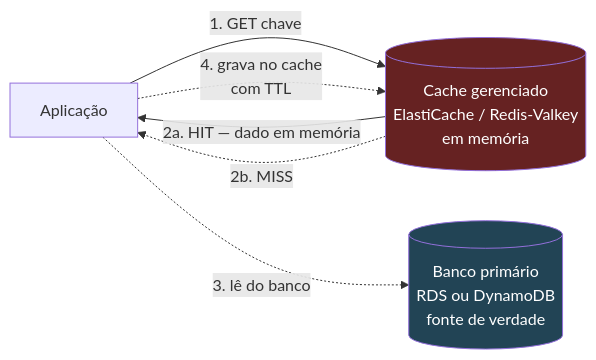
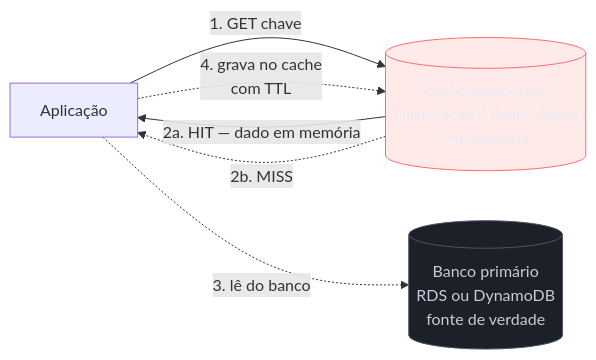
Before and after one commit to josenaldo/codex-technomanticus: the first of 3 diagrams in 03-Dominios/Tecnologia/Cloud/09 - Bancos gerenciados/06 - Cache gerenciado e a grande escolha.md, drawn with Mermaid. The commit also changed other lines of this file and 1181 other files, not shown here.

First line of the commit message:
fix(diagramas): paleta do sistema no lugar de cor cravada no markdown

````diff
--- a/03-Dominios/Tecnologia/Cloud/09 - Bancos gerenciados/06 - Cache gerenciado e a grande escolha.md
+++ b/03-Dominios/Tecnologia/Cloud/09 - Bancos gerenciados/06 - Cache gerenciado e a grande escolha.md
@@ -36,15 +36,17 @@
 ```mermaid
 flowchart LR
+    classDef falha fill:#FF6B6B24,stroke:#FF6B6B,color:#E9ECF2
+    classDef neutro fill:#1B2029,stroke:#4E5666,color:#C6CCD8
     App["Aplicação"]
     Cache[("Cache gerenciado<br/>ElastiCache / Redis-Valkey<br/>em memória")]
     DB[("Banco primário<br/>RDS ou DynamoDB<br/>fonte de verdade")]
 
     App -->|"1. GET chave"| Cache
     Cache -->|"2a. HIT — dado em memória"| App
     Cache -.->|"2b. MISS"| App
     App -.->|"3. lê do banco"| DB
     App -.->|"4. grava no cache<br/>com TTL"| Cache
 
-    style Cache fill:#622,color:#fff
-    style DB fill:#245,color:#fff
+    class Cache falha
+    class DB neutro
 ```
````
